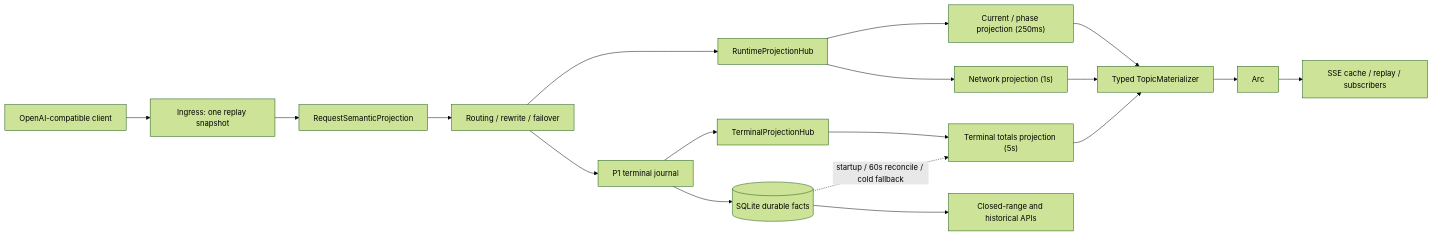
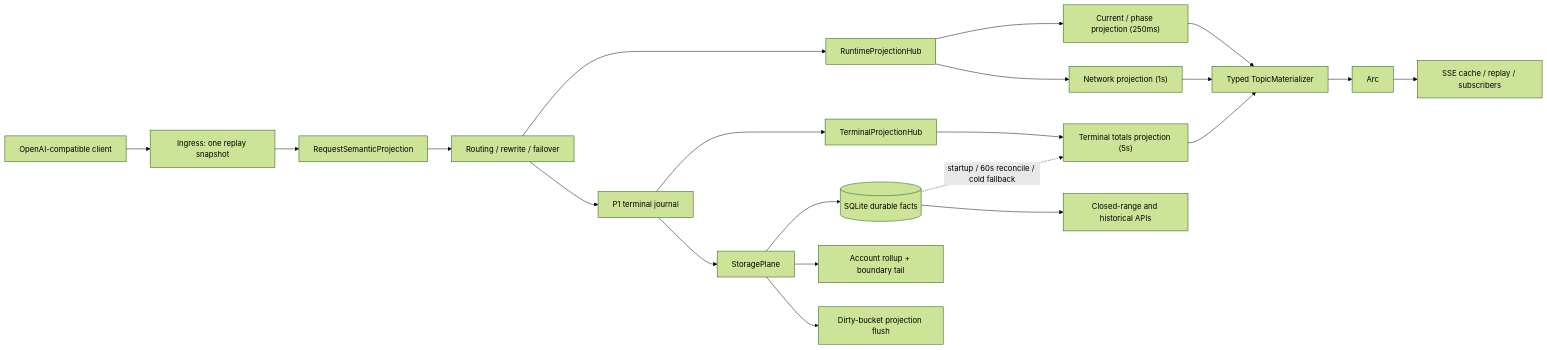
The diagram in docs/system-design.md (IvanLi-CN/codex-vibe-monitor), drawn with Mermaid (forest theme) before and after one commit. The commit also changed other lines of this file and 9 other files, not shown here.

Commit message:
docs(storage-plane): define governed runtime boundary

````diff
--- a/docs/system-design.md
+++ b/docs/system-design.md
@@ -7,20 +7,23 @@
 ```mermaid
 flowchart LR
     Client["OpenAI-compatible client"] --> Ingress["Ingress: one replay snapshot"]
     Ingress --> Semantics["RequestSemanticProjection"]
     Semantics --> Upstream["Routing / rewrite / failover"]
     Upstream --> Runtime["RuntimeProjectionHub"]
     Upstream --> Journal["P1 terminal journal"]
-    Journal --> SQLite[(SQLite durable facts)]
+    Journal --> Storage["StoragePlane"]
+    Storage --> SQLite[(SQLite durable facts)]
     Journal --> Terminal["TerminalProjectionHub"]
     Runtime --> Current["Current / phase projection (250ms)"]
     Runtime --> Network["Network projection (1s)"]
     Terminal --> Totals["Terminal totals projection (5s)"]
     Current --> Materializer["Typed TopicMaterializer"]
     Network --> Materializer
     Totals --> Materializer
     Materializer --> Frame["Arc<SerializedTopicFrame>"]
     Frame --> SSE["SSE cache / replay / subscribers"]
     SQLite -. "startup / 60s reconcile / cold fallback" .-> Totals
+    Storage --> AccountUsage["Account rollup + boundary tail"]
+    Storage --> ProjectionFlush["Dirty-bucket projection flush"]
     SQLite --> Historical["Closed-range and historical APIs"]
 ```
````
